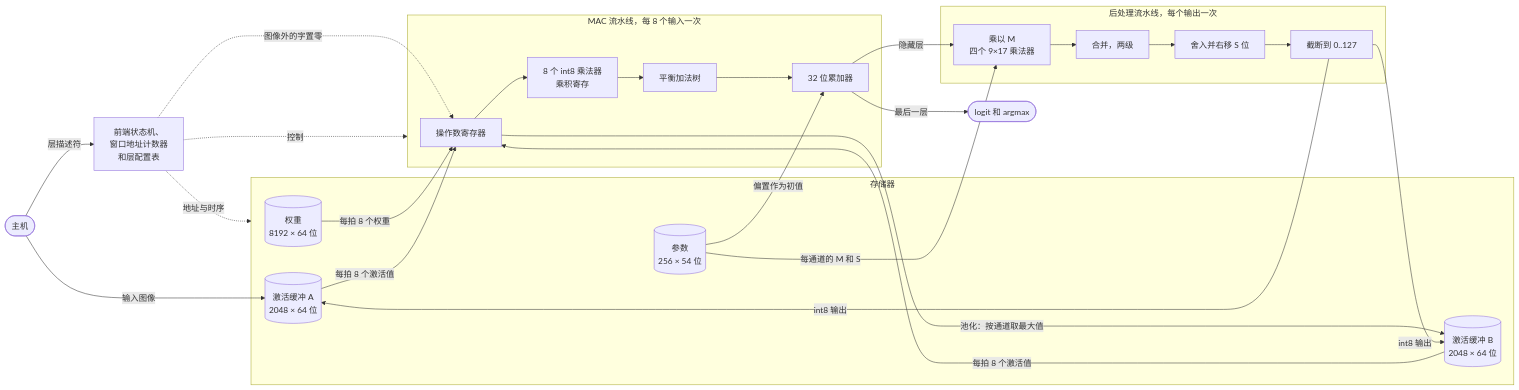
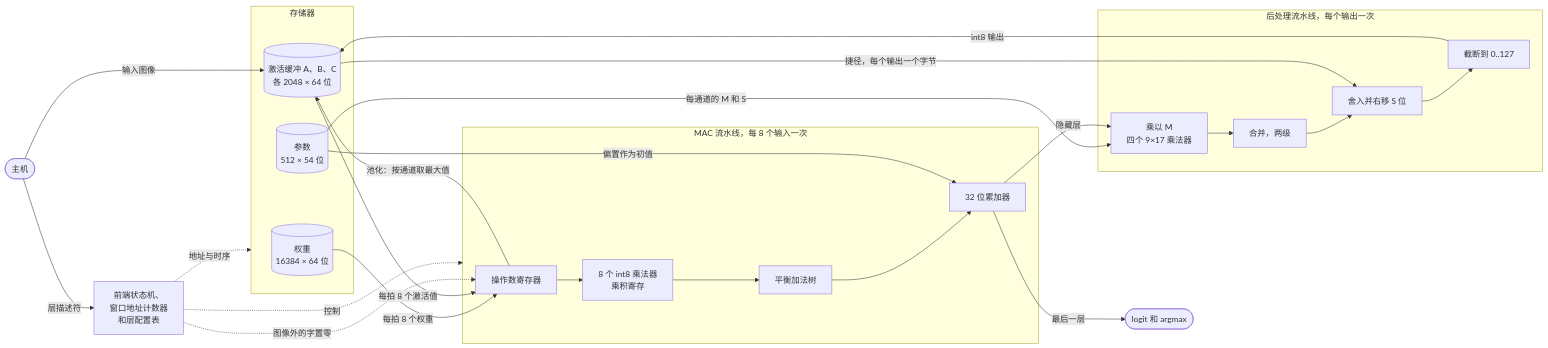
The diagram in README.zh-CN.md (lai3d/suanpan), drawn with Mermaid before and after one commit. The commit also changed other lines of this file and 14 other files, not shown here.

````diff
--- a/README.zh-CN.md
+++ b/README.zh-CN.md
@@ -172,46 +191,44 @@
 ```mermaid
 flowchart LR
     host([主机])
 
     subgraph mem[存储器]
-        wmem[(权重<br/>8192 × 64 位)]
-        bmem[(参数<br/>256 × 54 位)]
-        bufa[(激活缓冲 A<br/>2048 × 64 位)]
-        bufb[(激活缓冲 B<br/>2048 × 64 位)]
+        wmem[(权重<br/>16384 × 64 位)]
+        bmem[(参数<br/>512 × 54 位)]
+        bufa[(激活缓冲 A、B、C<br/>各 2048 × 64 位)]
     end
 
     subgraph mac[MAC 流水线，每 8 个输入一次]
         reg0[操作数寄存器]
         mul[8 个 int8 乘法器<br/>乘积寄存]
         tree[平衡加法树]
         acc[32 位累加器]
         reg0 --> mul --> tree --> acc
     end
 
     subgraph rq[后处理流水线，每个输出一次]
         hmul[乘以 M<br/>四个 9×17 乘法器]
         comb[合并，两级]
         rnd[舍入并右移 S 位]
         clamp[截断到 0..127]
         hmul --> comb --> rnd --> clamp
     end
 
     ctrl[前端状态机、<br/>窗口地址计数器<br/>和层配置表]
     out([logit 和 argmax])
 
     host -- 输入图像 --> bufa
     host -- 层描述符 --> ctrl
     wmem -- 每拍 8 个权重 --> reg0
     bufa -- 每拍 8 个激活值 --> reg0
-    bufb -- 每拍 8 个激活值 --> reg0
+    bufa -- 捷径，每个输出一个字节 --> rnd
     bmem -- 偏置作为初值 --> acc
     bmem -- 每通道的 M 和 S --> hmul
-    reg0 -- 池化：按通道取最大值 --> bufb
+    reg0 -- 池化：按通道取最大值 --> bufa
     acc -- 隐藏层 --> hmul
-    clamp -- int8 输出 --> bufb
     clamp -- int8 输出 --> bufa
     acc -- 最后一层 --> out
     ctrl -. 地址与时序 .-> mem
     ctrl -. 控制 .-> mac
     ctrl -. 图像外的字置零 .-> reg0
 ```
````
